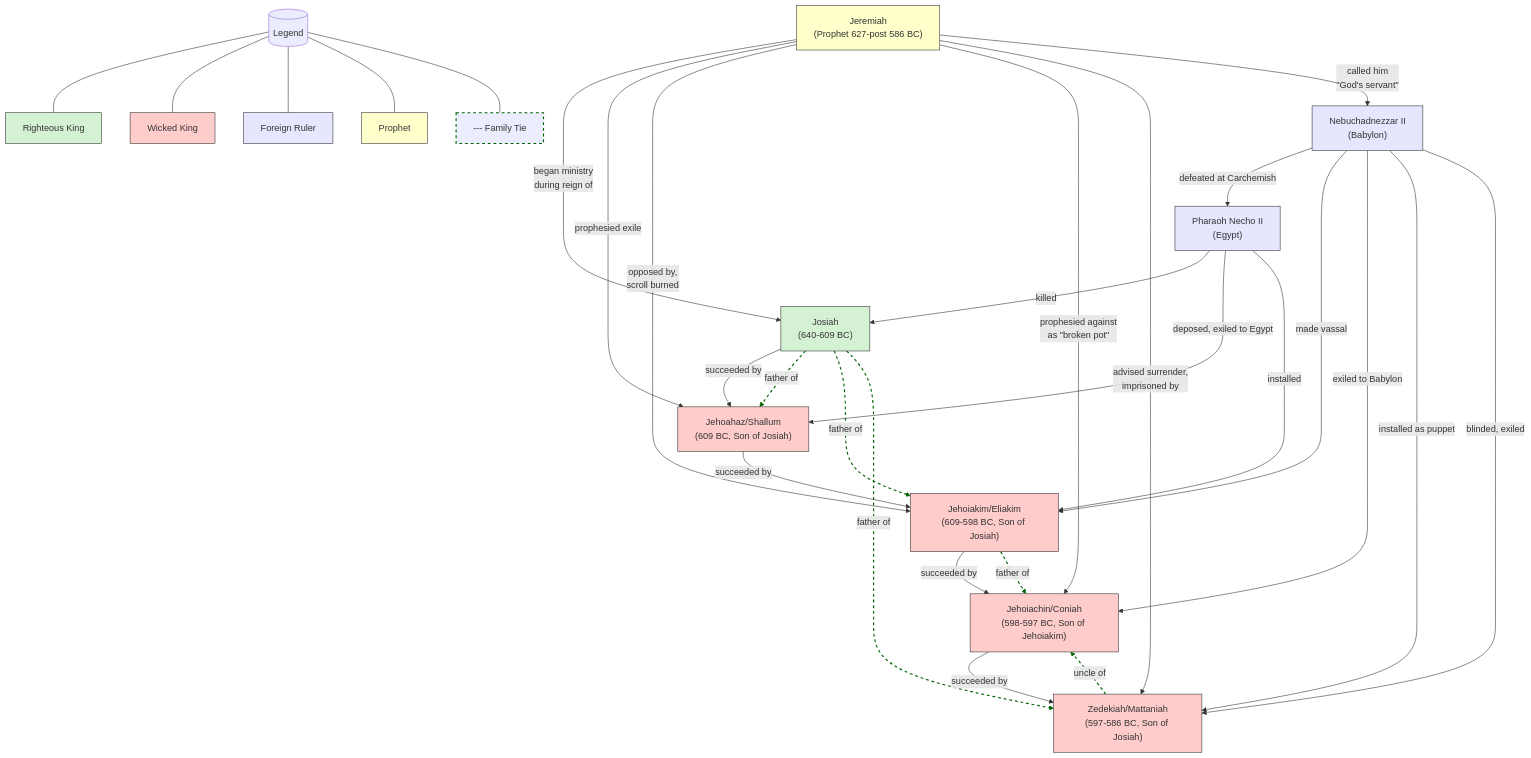
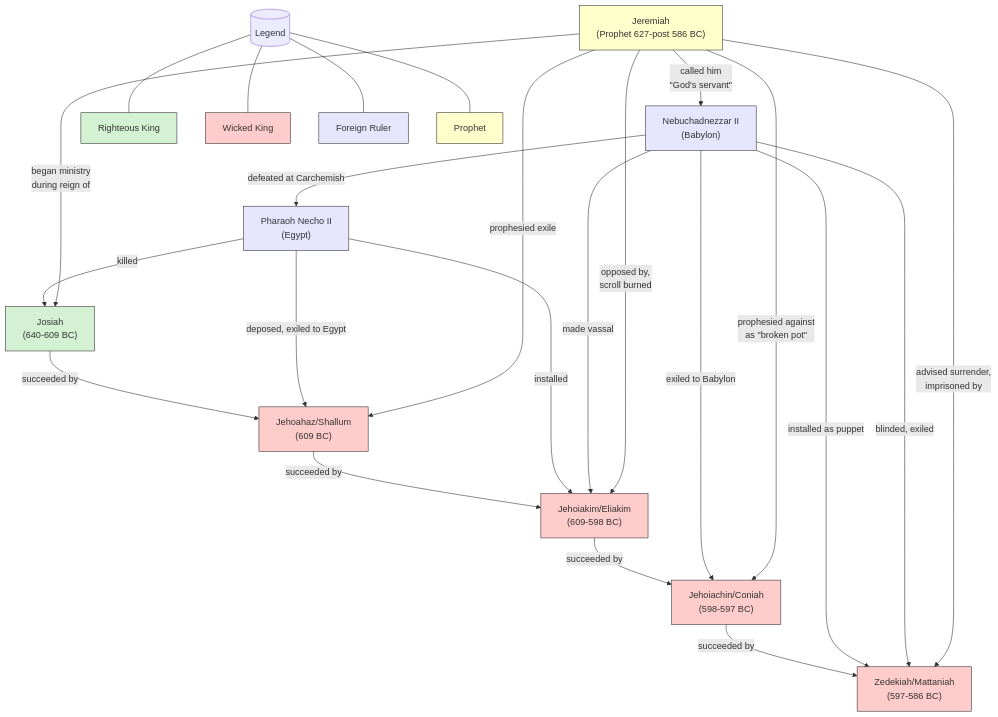
Before and after one commit to migarciaduran/OldTestament: the first of 3 diagrams in old-testament-studies/public/content/en/kings-in-jeremiah-diagram.md, drawn with Mermaid. The commit also changed other lines of this file and 1 other file, not shown here.

Commit message:
feat: add family relationships section to kings in Jeremiah's diagram; enhance clarity with visual links

````diff
--- a/old-testament-studies/public/content/en/kings-in-jeremiah-diagram.md
+++ b/old-testament-studies/public/content/en/kings-in-jeremiah-diagram.md
@@ -5,67 +5,56 @@
 ```mermaid
 flowchart TB
     classDef righteous fill:#d4f1d4,stroke:#333,stroke-width:1px
     classDef wicked fill:#ffcccc,stroke:#333,stroke-width:1px
     classDef foreign fill:#e6e6ff,stroke:#333,stroke-width:1px
     classDef prophet fill:#ffffcc,stroke:#333,stroke-width:1px
-    classDef familyLink stroke:#006400,stroke-width:2px,stroke-dasharray: 5 5
     
     %% Kings and Prophet
     Jeremiah["Jeremiah<br/>(Prophet 627-post 586 BC)"]:::prophet
     
     Josiah["Josiah<br/>(640-609 BC)"]:::righteous
-    Jehoahaz["Jehoahaz/Shallum<br/>(609 BC, Son of Josiah)"]:::wicked
-    Jehoiakim["Jehoiakim/Eliakim<br/>(609-598 BC, Son of Josiah)"]:::wicked
-    Jehoiachin["Jehoiachin/Coniah<br/>(598-597 BC, Son of Jehoiakim)"]:::wicked
-    Zedekiah["Zedekiah/Mattaniah<br/>(597-586 BC, Son of Josiah)"]:::wicked
+    Jehoahaz["Jehoahaz/Shallum<br/>(609 BC)"]:::wicked
+    Jehoiakim["Jehoiakim/Eliakim<br/>(609-598 BC)"]:::wicked
+    Jehoiachin["Jehoiachin/Coniah<br/>(598-597 BC)"]:::wicked
+    Zedekiah["Zedekiah/Mattaniah<br/>(597-586 BC)"]:::wicked
     
     %% Foreign Kings
     PharaohNecho["Pharaoh Necho II<br/>(Egypt)"]:::foreign
     Nebuchadnezzar["Nebuchadnezzar II<br/>(Babylon)"]:::foreign
     
     %% Relationships - succession (Solid lines)
     Josiah -->|succeeded by| Jehoahaz
     Jehoahaz -->|succeeded by| Jehoiakim
     Jehoiakim -->|succeeded by| Jehoiachin
     Jehoiachin -->|succeeded by| Zedekiah
-    
-    %% Family Relationships (Dashed green lines)
-    Josiah -.->|father of| Jehoahaz
-    Josiah -.->|father of| Jehoiakim
-    Josiah -.->|father of| Zedekiah
-    Jehoiakim -.->|father of| Jehoiachin
-    Zedekiah -.->|uncle of| Jehoiachin
-    linkStyle 4,5,6,7,8 stroke:#006400,stroke-width:2px,stroke-dasharray: 5 5
     
     %% Foreign interventions (Solid lines)
     PharaohNecho -->|killed| Josiah
     PharaohNecho -->|deposed, exiled to Egypt| Jehoahaz
     PharaohNecho -->|installed| Jehoiakim
     Nebuchadnezzar -->|defeated at Carchemish| PharaohNecho
     Nebuchadnezzar -->|made vassal| Jehoiakim
     Nebuchadnezzar -->|exiled to Babylon| Jehoiachin
     Nebuchadnezzar -->|installed as puppet| Zedekiah
     Nebuchadnezzar -->|blinded, exiled| Zedekiah
     
     %% Jeremiah's relationships (Solid lines)
     Jeremiah -->|began ministry<br/>during reign of| Josiah
     Jeremiah -->|prophesied exile| Jehoahaz
     Jeremiah -->|opposed by,<br/>scroll burned| Jehoiakim
     Jeremiah -->|prophesied against<br/>as &quot;broken pot&quot;| Jehoiachin
     Jeremiah -->|advised surrender,<br/>imprisoned by| Zedekiah
     Jeremiah -->|called him<br/>&quot;God's servant&quot;| Nebuchadnezzar
     
     %% Legend
     Legend[("Legend")]
     RighteousKing["Righteous King"]:::righteous
     WickedKing["Wicked King"]:::wicked
     ForeignRuler["Foreign Ruler"]:::foreign
     ProphetNode["Prophet"]:::prophet
-    FamilyRel["--- Family Tie"]:::familyLink
     
     Legend --- RighteousKing
     Legend --- WickedKing
     Legend --- ForeignRuler
     Legend --- ProphetNode
-    Legend --- FamilyRel
 ```
````
